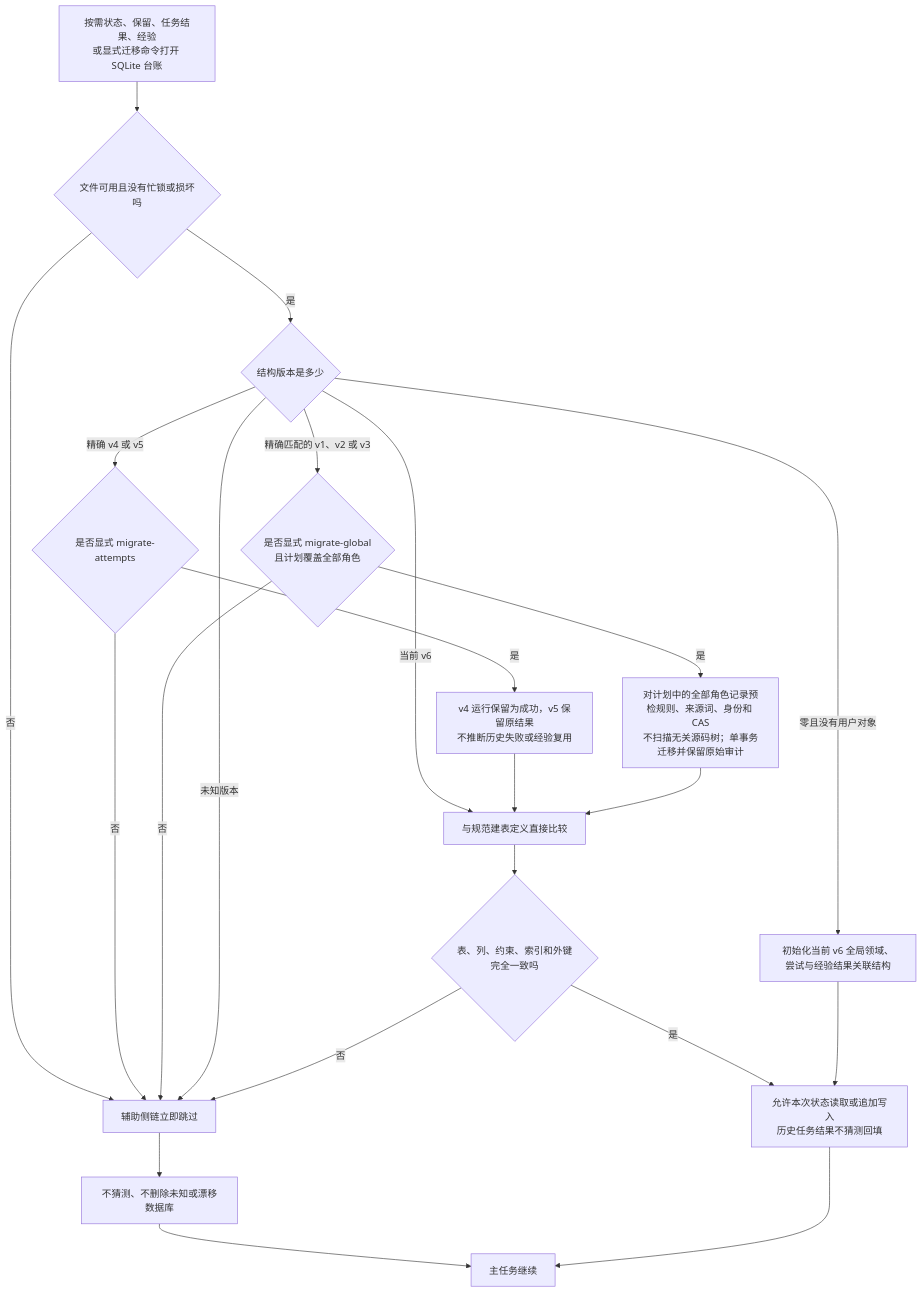
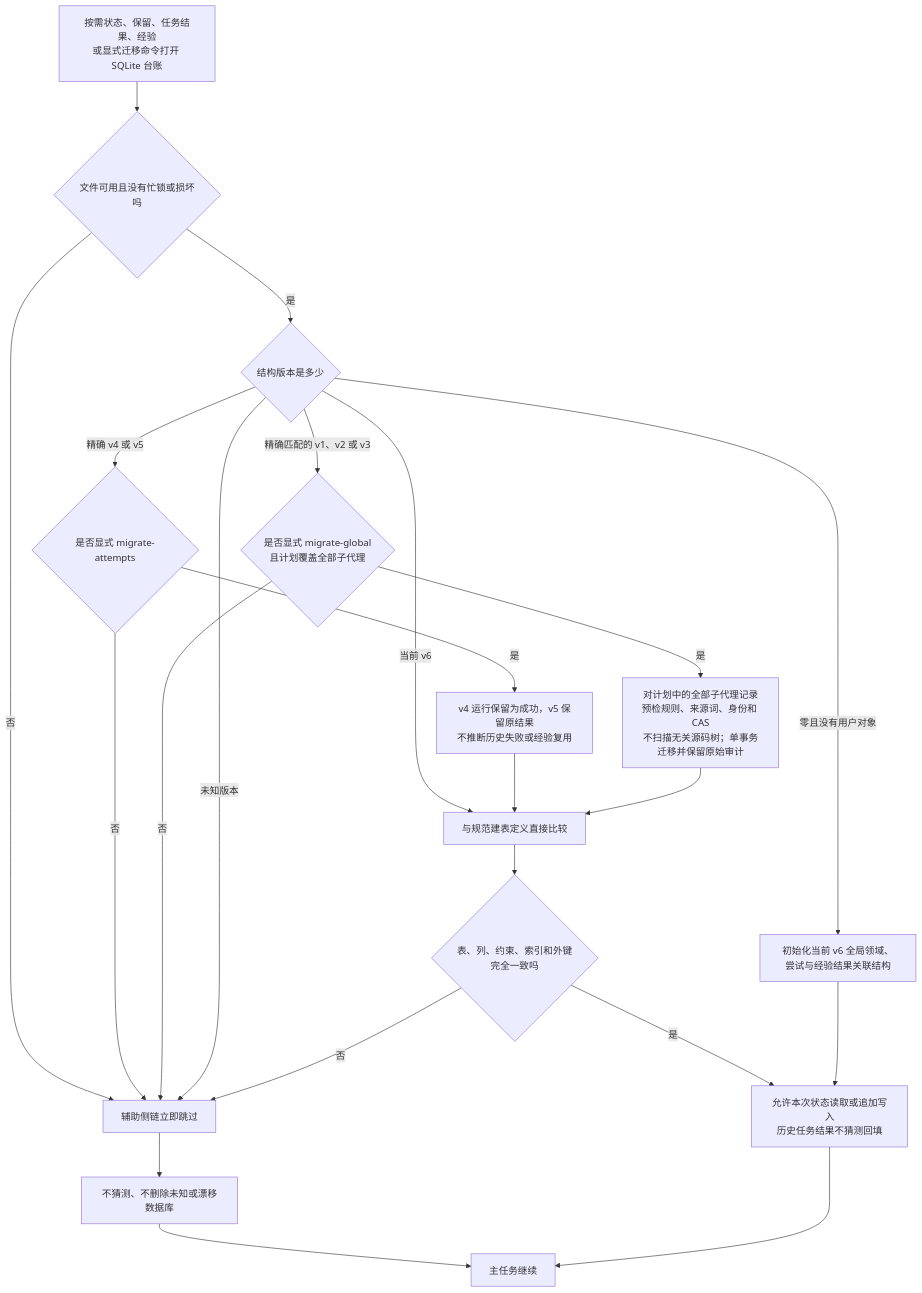
One commit to Lang45/codex-lean-stack changed diagram 11 of 13 in skills/lean-stack/references/flowcharts-zh.md. Above: the diagram before and after it, drawn with Mermaid. The commit also changed other lines of this file and 19 other files, not shown here.

````diff
--- a/skills/lean-stack/references/flowcharts-zh.md
+++ b/skills/lean-stack/references/flowcharts-zh.md
@@ -632,24 +629,24 @@
 ```mermaid
 flowchart TD
     A[按需状态、保留、任务结果、经验<br/>或显式迁移命令打开 SQLite 台账] --> B{文件可用且没有忙锁或损坏吗}
     B -->|否| C[辅助侧链立即跳过]
     B -->|是| D{结构版本是多少}
     D -->|零且没有用户对象| E[初始化当前 v6 全局领域、尝试与经验结果关联结构]
     D -->|当前 v6| F[与规范建表定义直接比较]
     D -->|精确 v4 或 v5| V4{是否显式 migrate-attempts}
     V4 -->|否| C
     V4 -->|是| V5[v4 运行保留为成功，v5 保留原结果<br/>不推断历史失败或经验复用]
     V5 --> F
-    D -->|精确匹配的 v1、v2 或 v3| G{是否显式 migrate-global<br/>且计划覆盖全部角色}
+    D -->|精确匹配的 v1、v2 或 v3| G{是否显式 migrate-global<br/>且计划覆盖全部子代理}
     G -->|否| C
-    G -->|是| G2[对计划中的全部角色记录预检规则、来源词、身份和 CAS<br/>不扫描无关源码树；单事务迁移并保留原始审计]
+    G -->|是| G2[对计划中的全部子代理记录预检规则、来源词、身份和 CAS<br/>不扫描无关源码树；单事务迁移并保留原始审计]
     G2 --> F
     D -->|未知版本| C
     F --> H{表、列、约束、索引和外键完全一致吗}
     H -->|是| I[允许本次状态读取或追加写入<br/>历史任务结果不猜测回填]
     H -->|否| C
     C --> J[不猜测、不删除未知或漂移数据库]
     J --> K[主任务继续]
     E --> I
     I --> K
 ```
````
